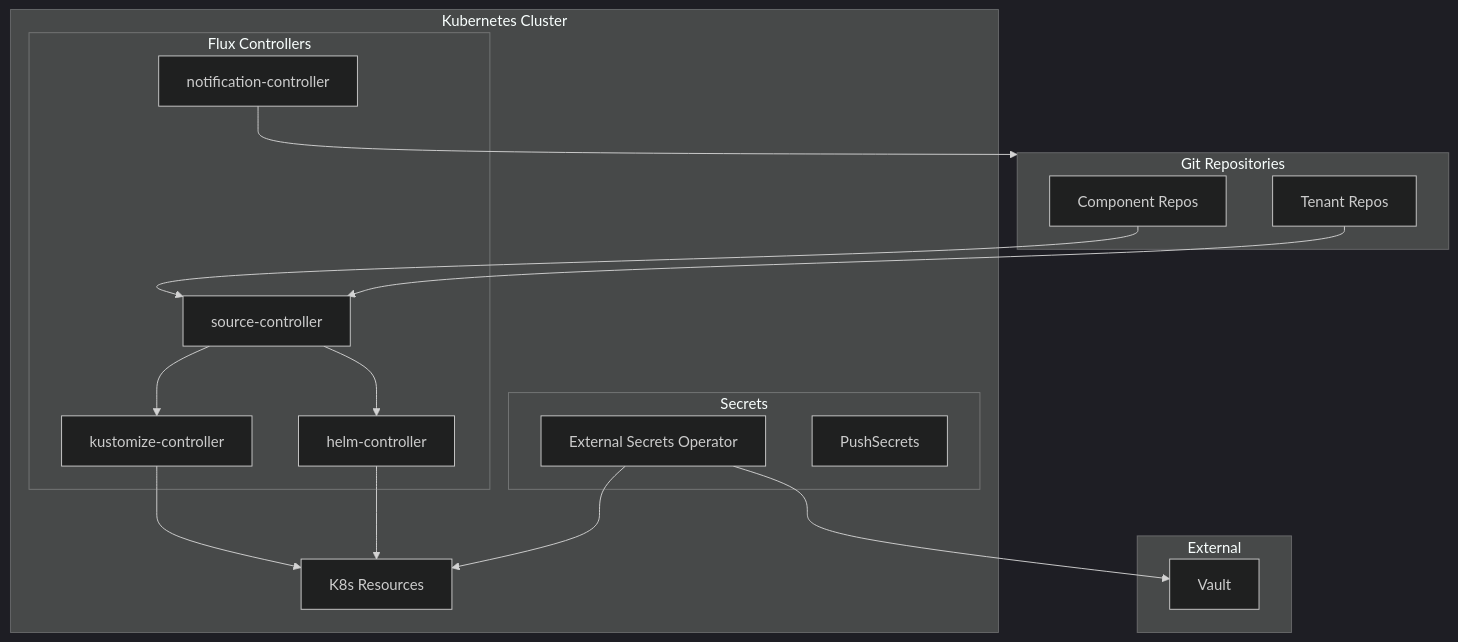
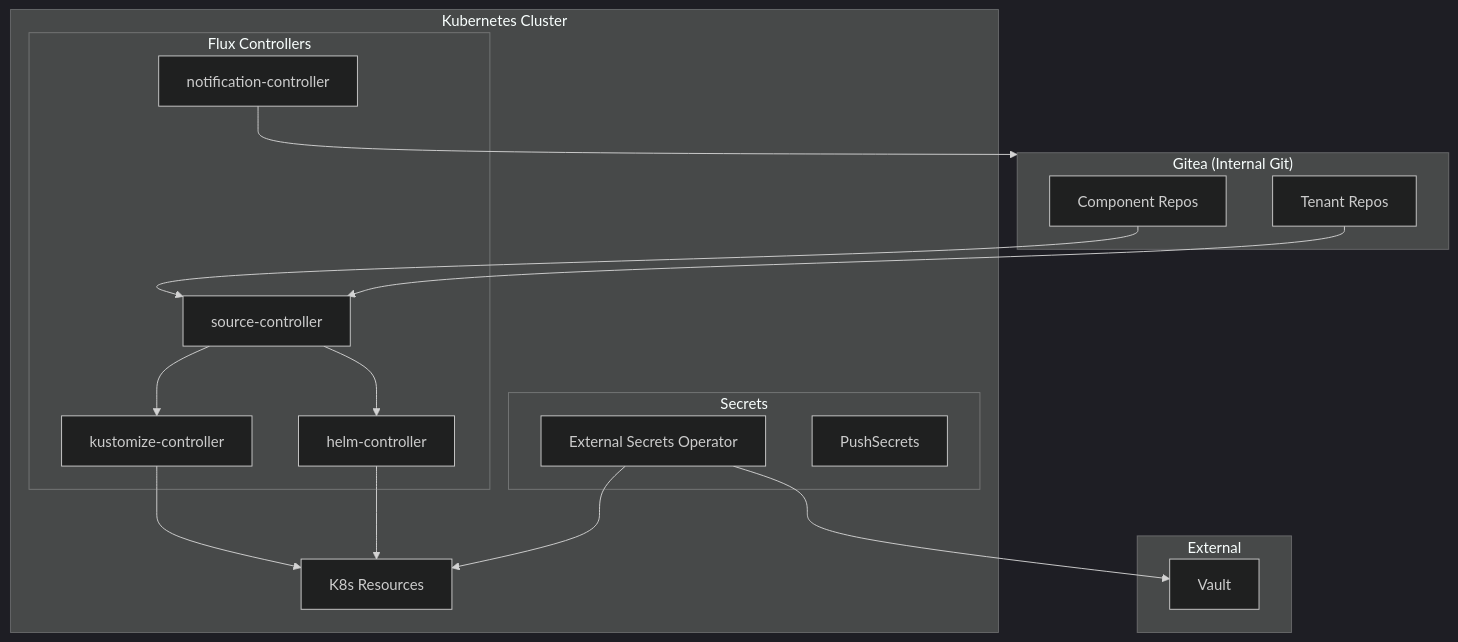
Before and after one commit to openova-io/flux: the first of 4 diagrams in docs/ADR-FLUX-GITOPS.md, drawn with Mermaid (dark theme). The commit also changed other lines of this file and 2 other files, not shown here.

First line of the commit message:
docs: update Flux structure for Gitea and Cilium

````diff
--- a/docs/ADR-FLUX-GITOPS.md
+++ b/docs/ADR-FLUX-GITOPS.md
@@ -17,37 +17,37 @@
 ```mermaid
 flowchart TB
-    subgraph Git["Git Repositories"]
+    subgraph Gitea["Gitea (Internal Git)"]
         Components[Component Repos]
         Tenant[Tenant Repos]
     end
 
     subgraph K8s["Kubernetes Cluster"]
         subgraph Flux["Flux Controllers"]
             Source[source-controller]
             Kustomize[kustomize-controller]
             Helm[helm-controller]
             Notify[notification-controller]
         end
 
         subgraph ESO["Secrets"]
             ESOp[External Secrets Operator]
             PS[PushSecrets]
         end
 
         Resources[K8s Resources]
     end
 
     subgraph External["External"]
         Vault[Vault]
     end
 
     Components --> Source
     Tenant --> Source
     Source --> Kustomize
     Source --> Helm
     Kustomize --> Resources
     Helm --> Resources
-    Notify --> Git
+    Notify --> Gitea
     ESOp --> Vault
     ESOp --> Resources
 ```
````
